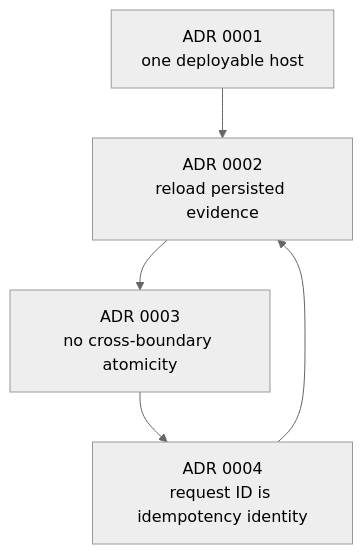
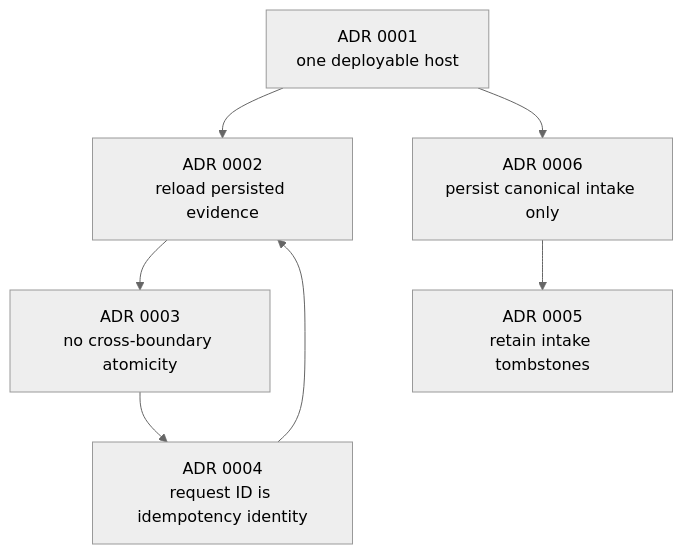
One commit to mariusz-kacz/production-access-request-assistant changed the diagram in docs/adr/README.md. Above: the diagram before and after it, drawn with Mermaid (neutral theme). The commit also changed other lines of this file and 118 other files, not shown here.

````diff
--- a/docs/adr/README.md
+++ b/docs/adr/README.md
@@ -27,12 +29,16 @@
 ```mermaid
 flowchart TD
     A1[ADR 0001<br/>one deployable host]
     A2[ADR 0002<br/>reload persisted evidence]
     A3[ADR 0003<br/>no cross-boundary atomicity]
     A4[ADR 0004<br/>request ID is idempotency identity]
+    A5[ADR 0005<br/>retain intake tombstones]
+    A6[ADR 0006<br/>persist canonical intake only]
 
     A1 --> A2
+    A1 --> A6
+    A6 --> A5
     A2 --> A3
     A3 --> A4
     A4 --> A2
 ```
````
